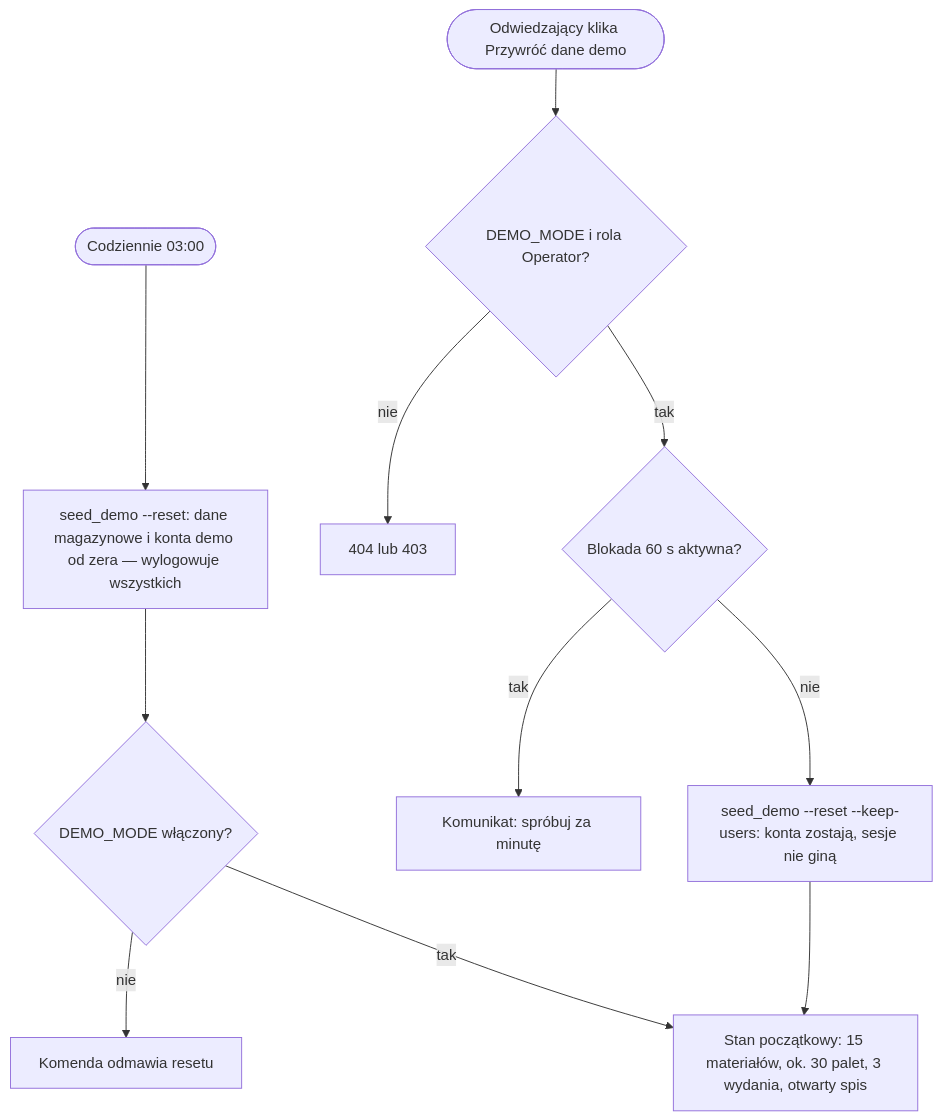
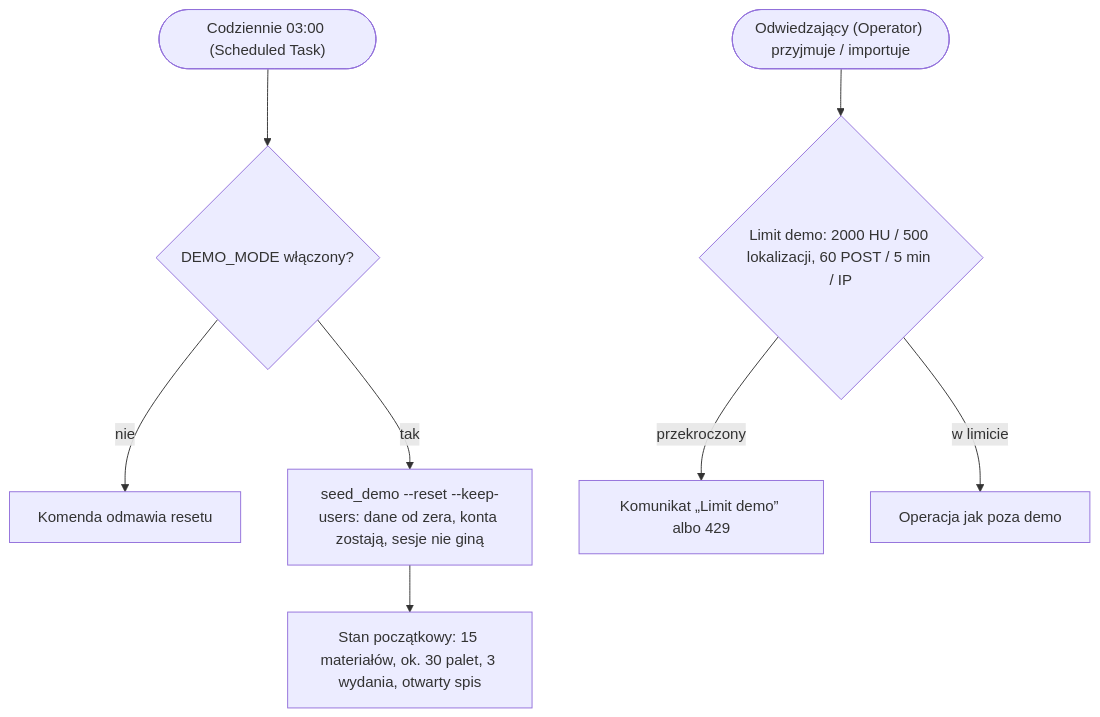
Before and after one commit to TomaszWu14/mini-WMS: the fourth of 5 diagrams in docs/analiza/PROCESY.md, drawn with Mermaid. The commit also changed other lines of this file and 15 other files, not shown here.

First line of the commit message:
docs: record US-016 demo limits and scheduled-only reset (DEC-6, Z-41)

````diff
--- a/docs/analiza/PROCESY.md
+++ b/docs/analiza/PROCESY.md
@@ -114,13 +114,10 @@
 ```mermaid
 flowchart TD
-    A(["Codziennie 03:00"]) --> R["seed_demo --reset: dane magazynowe i konta demo od zera — wylogowuje wszystkich"]
-    B(["Odwiedzający klika Przywróć dane demo"]) --> C{DEMO_MODE i rola Operator?}
-    C -->|nie| C1["404 lub 403"]
-    C -->|tak| D{Blokada 60 s aktywna?}
-    D -->|tak| D1["Komunikat: spróbuj za minutę"]
-    D -->|nie| E["seed_demo --reset --keep-users: konta zostają, sesje nie giną"]
-    R --> F{DEMO_MODE włączony?}
+    A(["Codziennie 03:00 (Scheduled Task)"]) --> F{DEMO_MODE włączony?}
     F -->|nie| F1["Komenda odmawia resetu"]
-    F -->|tak| G["Stan początkowy: 15 materiałów, ok. 30 palet, 3 wydania, otwarty spis"]
-    E --> G
+    F -->|tak| E["seed_demo --reset --keep-users: dane od zera, konta zostają, sesje nie giną"]
+    E --> G["Stan początkowy: 15 materiałów, ok. 30 palet, 3 wydania, otwarty spis"]
+    B(["Odwiedzający (Operator) przyjmuje / importuje"]) --> L{Limit demo: 2000 HU / 500 lokalizacji, 60 POST / 5 min / IP}
+    L -->|przekroczony| L1["Komunikat „Limit demo” albo 429"]
+    L -->|w limicie| L2["Operacja jak poza demo"]
 ```
````
